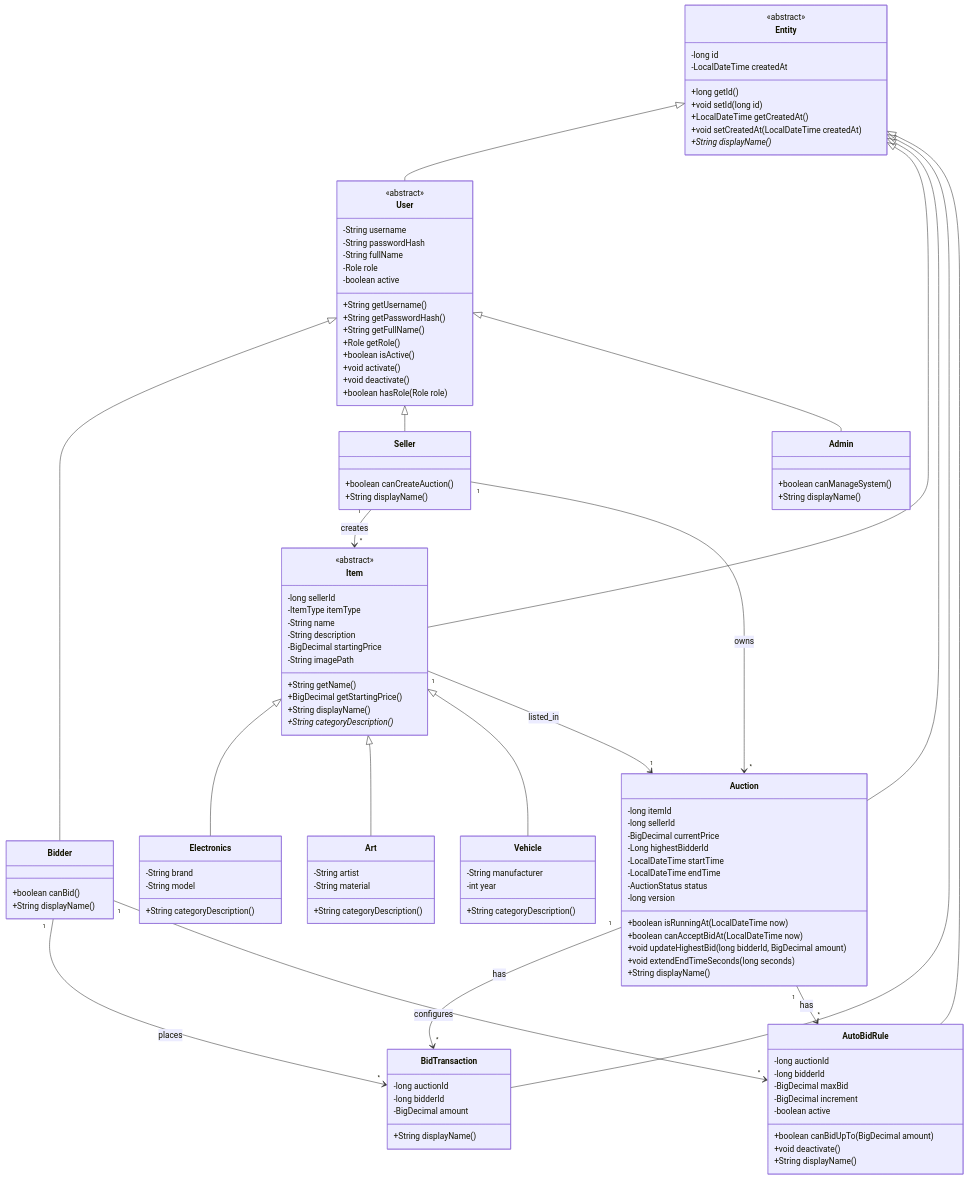
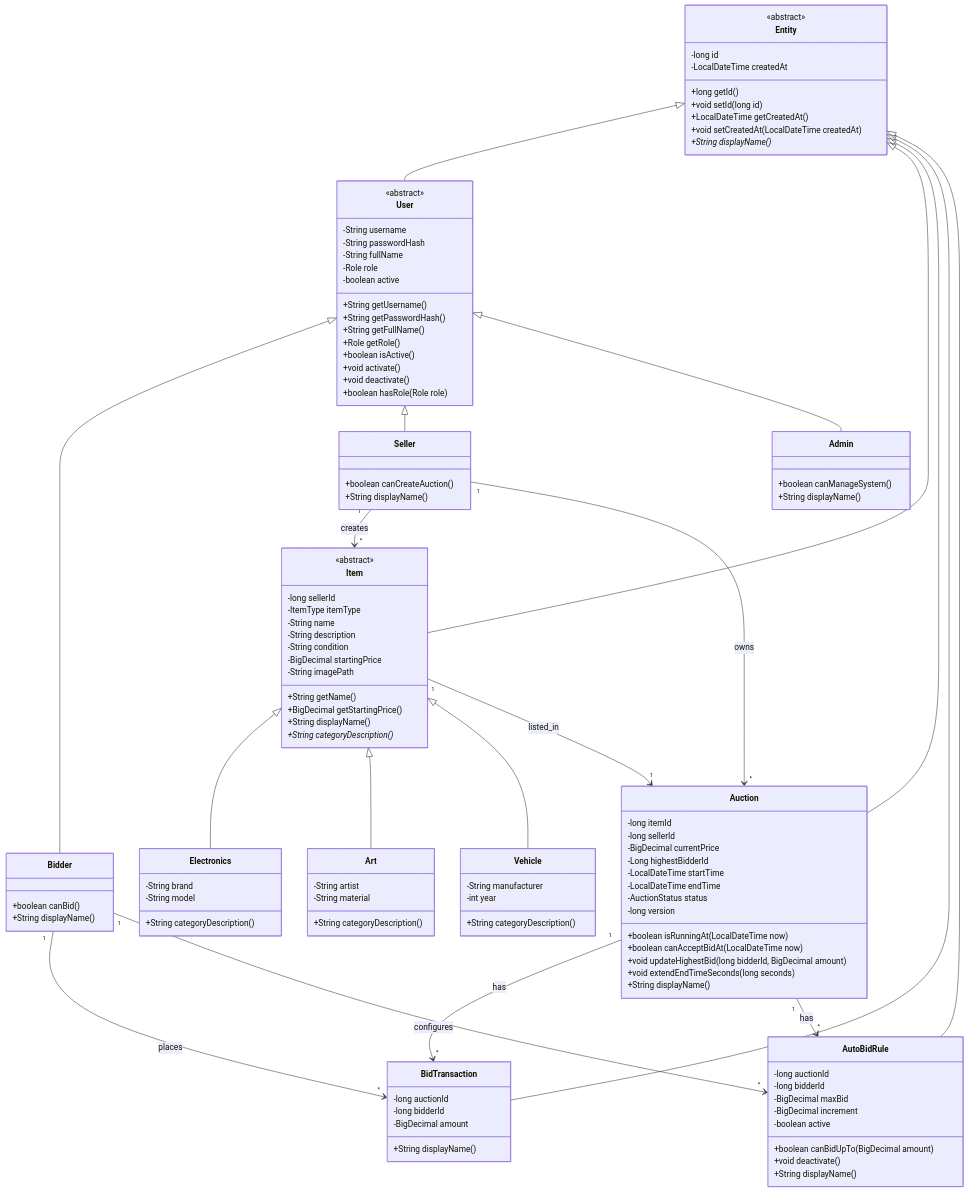
One commit to cecon123/online-auction-system changed the diagram in docs/class-diagram.md. Above: the diagram before and after it, drawn with Mermaid. The commit also changed other lines of this file and 7 other files, not shown here.

```diff
--- a/docs/class-diagram.md
+++ b/docs/class-diagram.md
@@ -258,6 +269,7 @@
         -ItemType itemType
         -String name
         -String description
+        -String condition
         -BigDecimal startingPrice
         -String imagePath
         +String getName()
```
